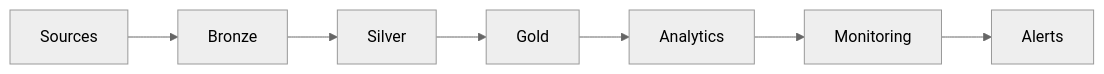
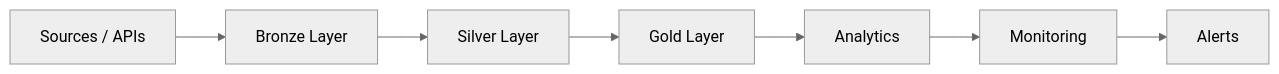
One commit to Nitish-Anand-Srivastava/database-reliability-engineering changed the diagram in README.md. Above: the diagram before and after it, drawn with Mermaid (neutral theme). The commit also changed other lines of this file, not shown here.

````diff
--- a/README.md
+++ b/README.md
@@ -26,9 +29,9 @@
 ```mermaid
 flowchart LR
-A[Sources] --> B[Bronze]
-B --> C[Silver]
-C --> D[Gold]
+A[Sources / APIs] --> B[Bronze Layer]
+B --> C[Silver Layer]
+C --> D[Gold Layer]
 D --> E[Analytics]
 E --> F[Monitoring]
 F --> G[Alerts]
 ```
````
